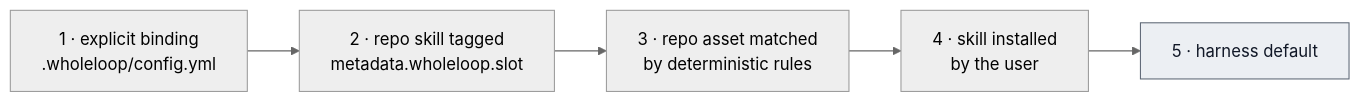
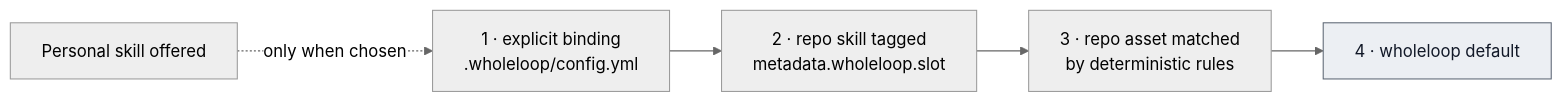
The diagram in docs/configuration/repo-skills.md (dreamingechoes/wholeloop), drawn with Mermaid (neutral theme) before and after one commit. The commit also changed other lines of this file and 38 other files, not shown here.

````diff
--- a/docs/configuration/repo-skills.md
+++ b/docs/configuration/repo-skills.md
@@ -60,8 +61,8 @@
 ```mermaid
 flowchart LR
   a["1 · explicit binding<br/>.wholeloop/config.yml"] --> b["2 · repo skill tagged<br/>metadata.wholeloop.slot"]
   b --> c["3 · repo asset matched<br/>by deterministic rules"]
-  c --> d["4 · skill installed<br/>by the user"]
-  d --> e["5 · harness default"]:::core
+  c --> e["4 · wholeloop default"]:::core
+  p["Personal skill offered"] -. "only when chosen" .-> a
   classDef core fill:#eceff3,stroke:#5b6573,color:#111827;
 ```
````
